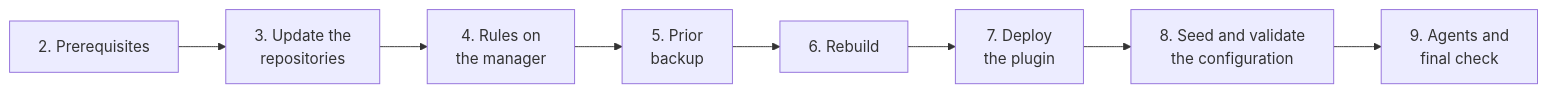
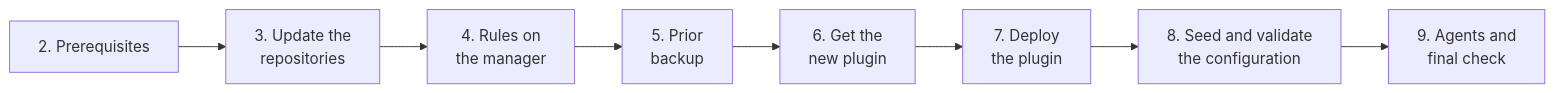
One commit to arseniteio/power-ens changed the diagram in docs/deployment/02-updating-an-existing-environment.en.md. Above: the diagram before and after it, drawn with Mermaid. The commit also changed other lines of this file and 9 other files, not shown here.

````diff
--- a/docs/deployment/02-updating-an-existing-environment.en.md
+++ b/docs/deployment/02-updating-an-existing-environment.en.md
@@ -17,10 +17,10 @@
 ```mermaid
 flowchart LR
   A["2. Prerequisites"] --> B["3. Update the<br/>repositories"]
   B --> C["4. Rules on<br/>the manager"]
   C --> D["5. Prior<br/>backup"]
-  D --> E["6. Rebuild"]
+  D --> E["6. Get the<br/>new plugin"]
   E --> F["7. Deploy<br/>the plugin"]
   F --> G["8. Seed and validate<br/>the configuration"]
   G --> H["9. Agents and<br/>final check"]
 ```
````
